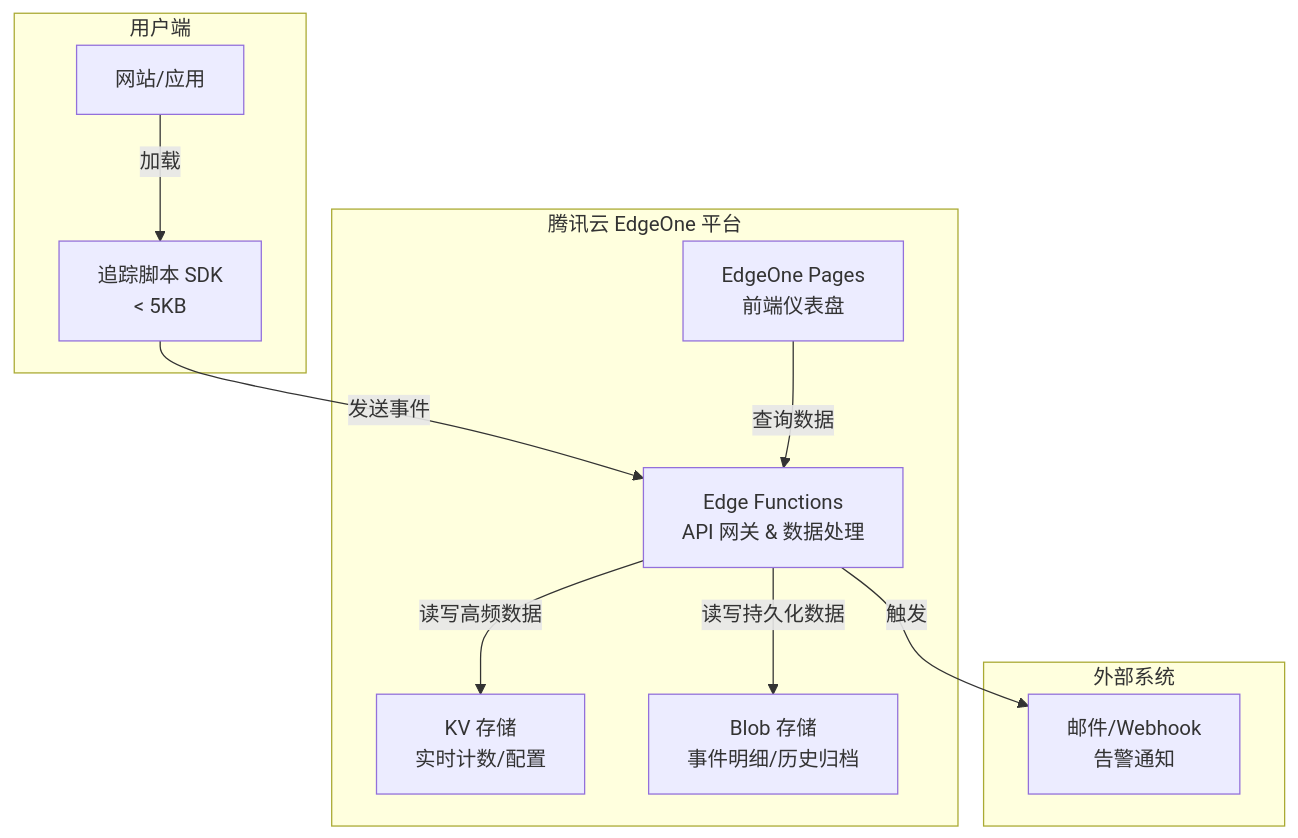
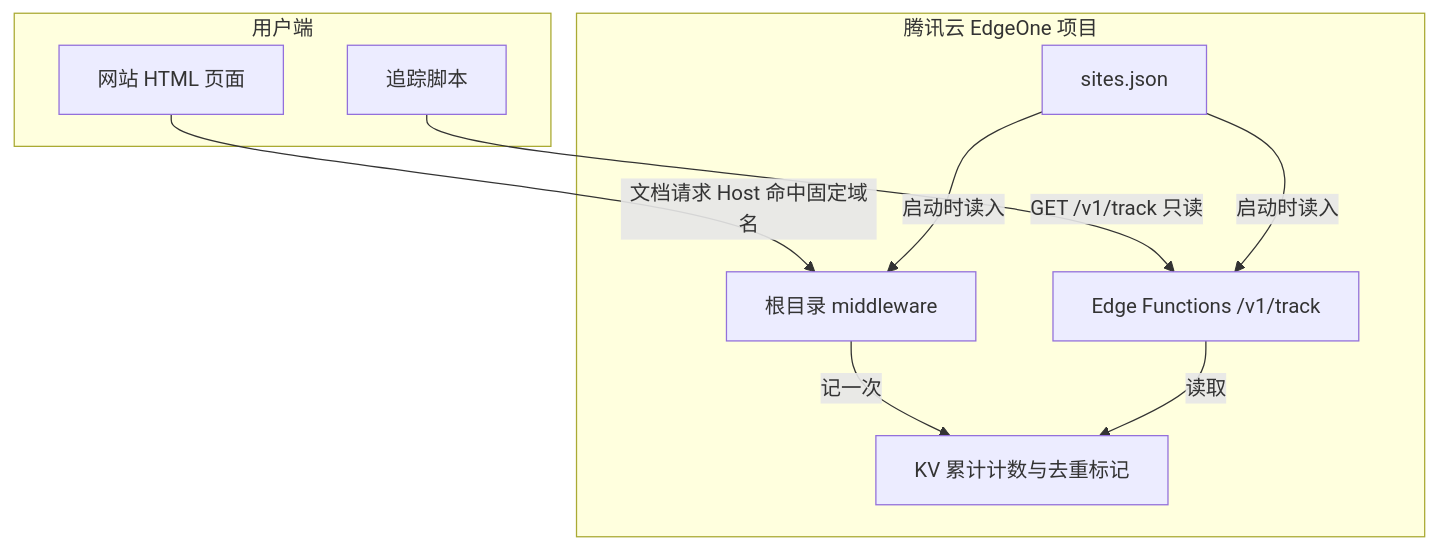
One commit to crzliang/Kestrel changed the diagram in docs/TECHNICAL.md. Above: the diagram before and after it, drawn with Mermaid. The commit also changed other lines of this file and 89 other files, not shown here.

````diff
--- a/docs/TECHNICAL.md
+++ b/docs/TECHNICAL.md
@@ -29,25 +25,21 @@
 ```mermaid
 flowchart TB
     subgraph Client [用户端]
-        A[网站/应用]
-        B[追踪脚本 SDK<br>< 5KB]
+        A[网站 HTML 页面]
+        B[追踪脚本]
     end
 
-    subgraph EdgeOne [腾讯云 EdgeOne 平台]
-        C[EdgeOne Pages<br>前端仪表盘]
-        D[Edge Functions<br>API 网关 & 数据处理]
-        E[KV 存储<br>实时计数/配置]
-        F[Blob 存储<br>事件明细/历史归档]
+    subgraph EdgeOne [腾讯云 EdgeOne 项目]
+        M[根目录 middleware]
+        C[sites.json]
+        D[Edge Functions /v1/track]
+        E[KV 累计计数与去重标记]
     end
 
-    subgraph External [外部系统]
-        G[邮件/Webhook<br>告警通知]
-    end
-
-    A -->|加载| B
-    B -->|发送事件| D
-    C -->|查询数据| D
-    D -->|读写高频数据| E
-    D -->|读写持久化数据| F
-    D -->|触发| G
+    A -->|文档请求 Host 命中固定域名| M
+    C -->|启动时读入| M
+    M -->|记一次| E
+    B -->|GET /v1/track 只读| D
+    C -->|启动时读入| D
+    D -->|读取| E
 ```
````
